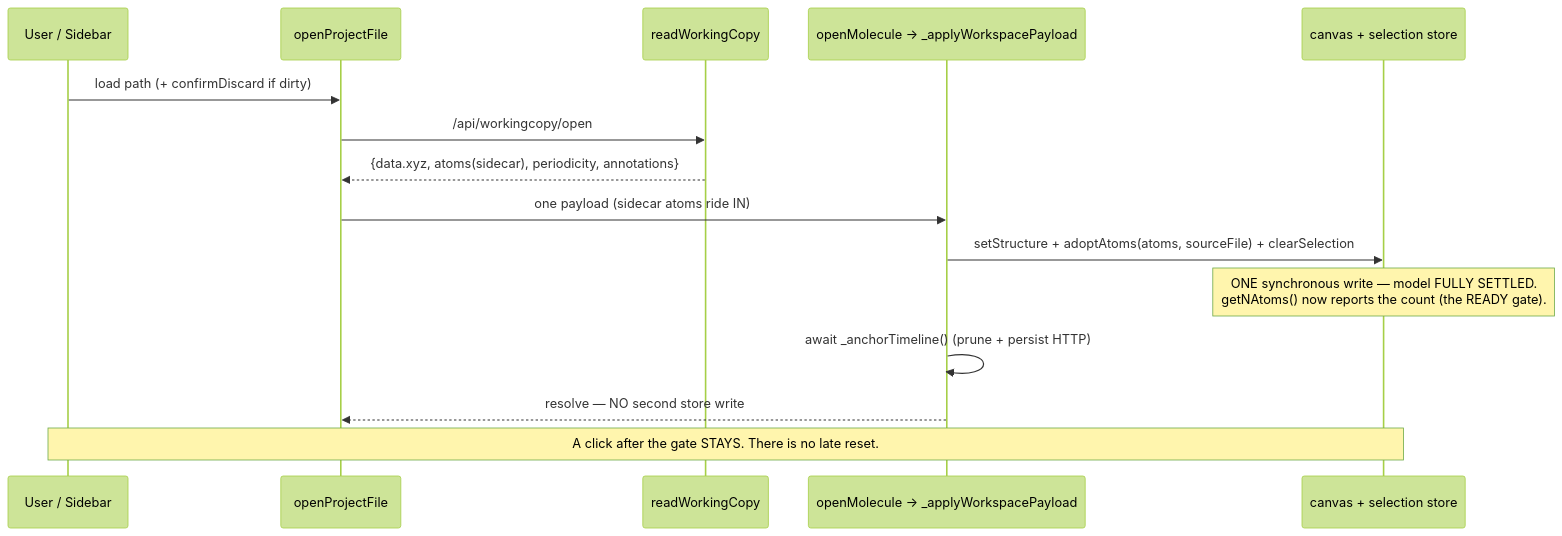
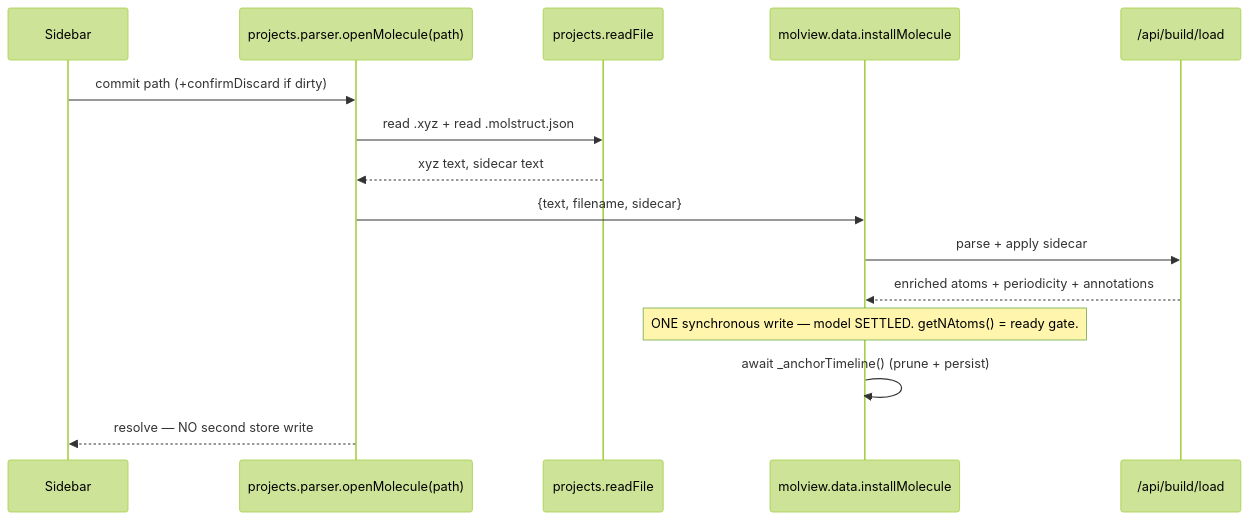
The second of 2 diagrams in docs/protocols/structure-load-save-contract.md (Qing-LAB/molbuilder), drawn with Mermaid (forest theme) before and after one commit. The commit also changed other lines of this file and 10 other files, not shown here.

First line of the commit message:
docs(projects-sidebar): consolidate into one master module contract

````diff
--- a/docs/protocols/structure-load-save-contract.md
+++ b/docs/protocols/structure-load-save-contract.md
@@ -124,18 +137,17 @@
 ```mermaid
 sequenceDiagram
-    participant U as User / Sidebar
-    participant OPF as openProjectFile
-    participant WC as readWorkingCopy
-    participant OM as openMolecule → _applyWorkspacePayload
-    participant ST as canvas + selection store
-
-    U->>OPF: load path (+ confirmDiscard if dirty)
-    OPF->>WC: /api/workingcopy/open
-    WC-->>OPF: {data.xyz, atoms(sidecar), periodicity, annotations}
-    OPF->>OM: one payload (sidecar atoms ride IN)
-    OM->>ST: setStructure + adoptAtoms(atoms, sourceFile) + clearSelection
-    Note over ST: ONE synchronous write — model FULLY SETTLED.<br/>getNAtoms() now reports the count (the READY gate).
-    OM->>OM: await _anchorTimeline() (prune + persist HTTP)
-    OM-->>OPF: resolve  — NO second store write
-    Note over U,ST: A click after the gate STAYS. There is no late reset.
+    participant U as Sidebar
+    participant D as projects.parser.openMolecule(path)
+    participant PR as projects.readFile
+    participant IM as molview.data.installMolecule
+    participant BL as /api/build/load
+    U->>D: commit path (+confirmDiscard if dirty)
+    D->>PR: read .xyz  +  read .molstruct.json
+    PR-->>D: xyz text, sidecar text
+    D->>IM: {text, filename, sidecar}
+    IM->>BL: parse + apply sidecar
+    BL-->>IM: enriched atoms + periodicity + annotations
+    Note over IM: ONE synchronous write — model SETTLED. getNAtoms() = ready gate.
+    IM->>IM: await _anchorTimeline() (prune + persist)
+    D-->>U: resolve — NO second store write
 ```
````
